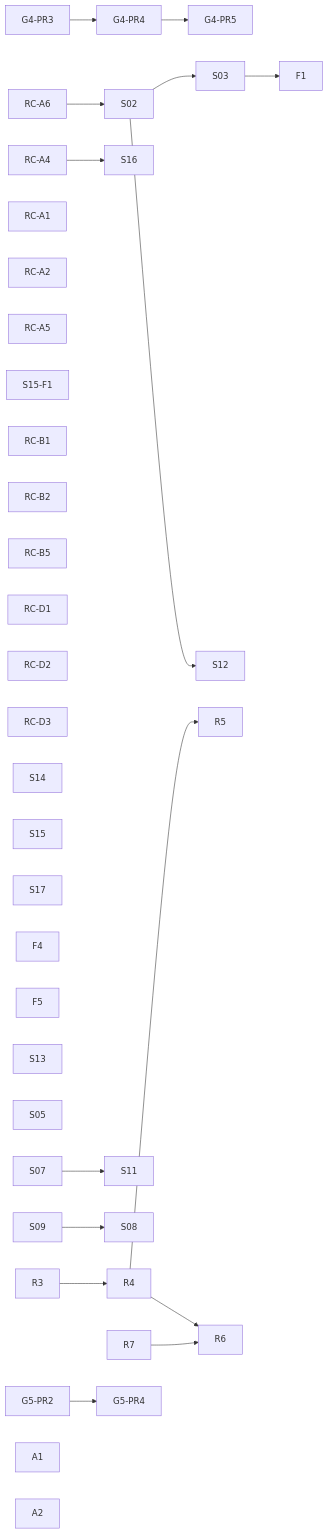
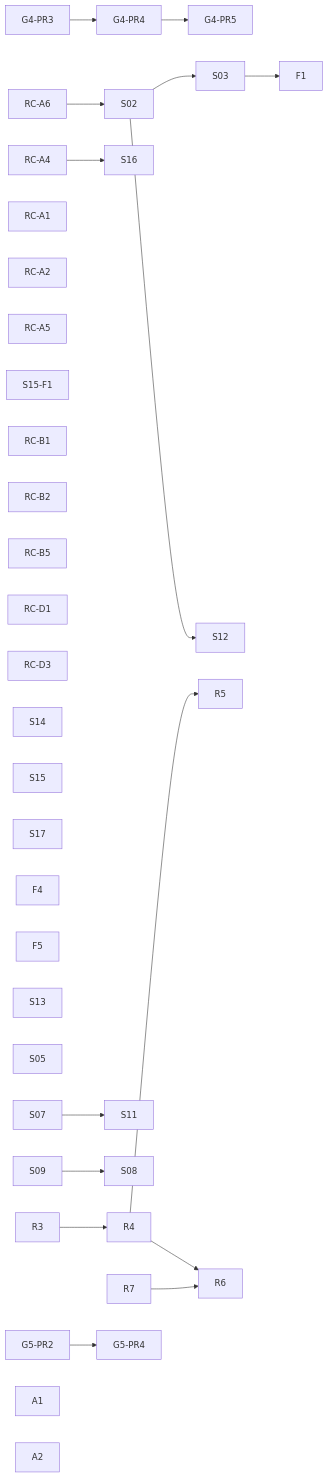
The diagram in docs/planning/state/open-task-route.md (dunay2/dvt), drawn with Mermaid before and after one commit. The commit also changed other lines of this file and 4 other files, not shown here.

````diff
--- a/docs/planning/state/open-task-route.md
+++ b/docs/planning/state/open-task-route.md
@@ -78,37 +78,36 @@
 ```mermaid
 flowchart LR
   G43[G4-PR3] --> G44[G4-PR4] --> G45[G4-PR5]
 
   RC_A6[RC-A6] --> S02[S02] --> S03[S03] --> F1[F1]
   RC_A4[RC-A4] --> S16[S16]
   RC_A1[RC-A1]
   RC_A2[RC-A2]
   RC_A5[RC-A5]
   S15F1[S15-F1]
   RC_B1[RC-B1]
   RC_B2[RC-B2]
   RC_B5[RC-B5]
   RC_D1[RC-D1]
-  RC_D2[RC-D2]
   RC_D3[RC-D3]
 
   S02 --> S12[S12]
   S14[S14]
   S15[S15]
   S17[S17]
   F4[F4]
   F5[F5]
   S13[S13]
   S05[S05]
 
   S07[S07] --> S11[S11]
   S09[S09] --> S08[S08]
 
   R3[R3] --> R4[R4] --> R5[R5]
   R4 --> R6[R6]
   R7[R7] --> R6
 
   G52[G5-PR2] --> G54[G5-PR4]
   A1[A1]
   A2[A2]
 ```
````
